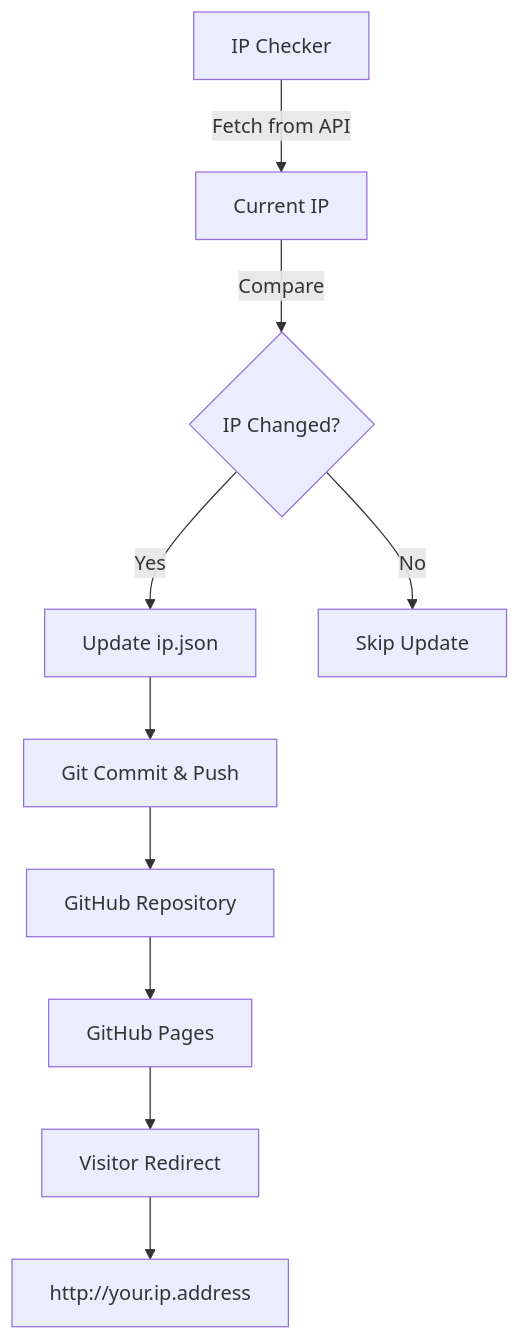
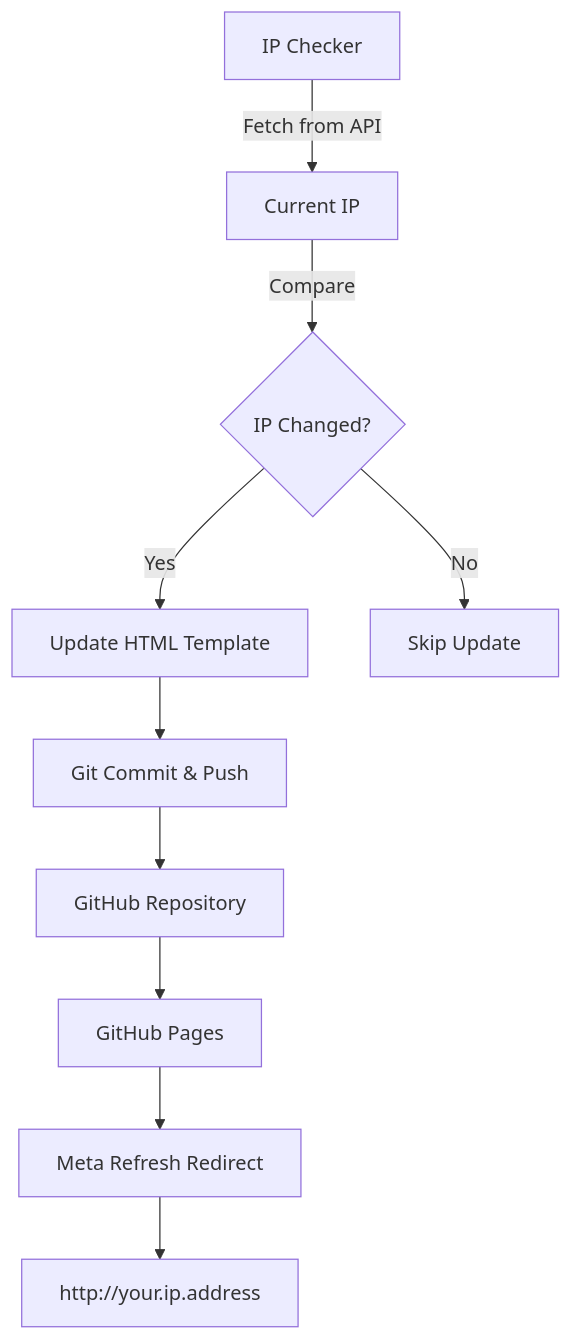
One commit to OfryL/dynamic-dns-gh-pages changed the diagram in README.md. Above: the diagram before and after it, drawn with Mermaid. The commit also changed other lines of this file and 7 other files, not shown here.

````diff
--- a/README.md
+++ b/README.md
@@ -51,12 +52,12 @@
 ```mermaid
 graph TD
     A[IP Checker] -->|Fetch from API| B[Current IP]
     B -->|Compare| C{IP Changed?}
-    C -->|Yes| D[Update ip.json]
+    C -->|Yes| D[Update HTML Template]
     C -->|No| E[Skip Update]
     D --> F[Git Commit & Push]
     F --> G[GitHub Repository]
     G --> H[GitHub Pages]
-    H --> I[Visitor Redirect]
+    H --> I[Meta Refresh Redirect]
     I --> J[http://your.ip.address]
 ```
````
